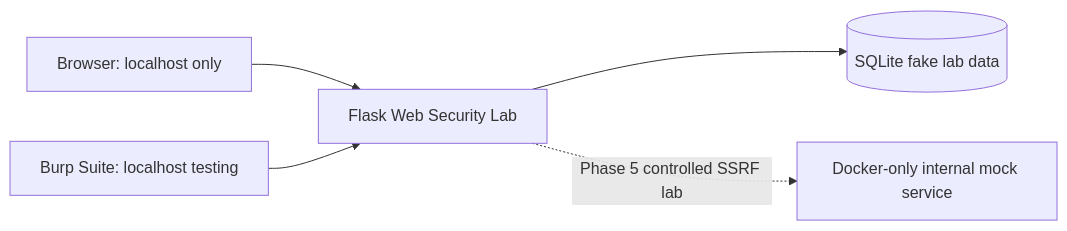
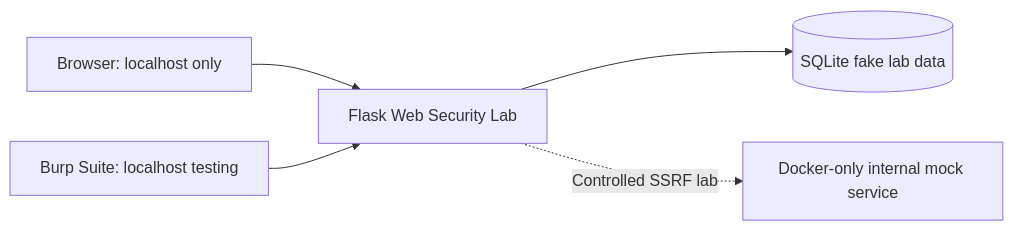
Before and after one commit to spoukidev/web-security-lab: the diagram in README.md, drawn with Mermaid. The commit also changed other lines of this file, not shown here.

````diff
--- a/README.md
+++ b/README.md
@@ -13,7 +13,7 @@
 ```mermaid
 flowchart LR
     Browser["Browser: localhost only"] --> Flask["Flask Web Security Lab"]
     Burp["Burp Suite: localhost testing"] --> Flask
     Flask --> SQLite[("SQLite fake lab data")]
-    Flask -. "Phase 5 controlled SSRF lab" .-> Internal["Docker-only internal mock service"]
+    Flask -. "Controlled SSRF lab" .-> Internal["Docker-only internal mock service"]
 ```
````
